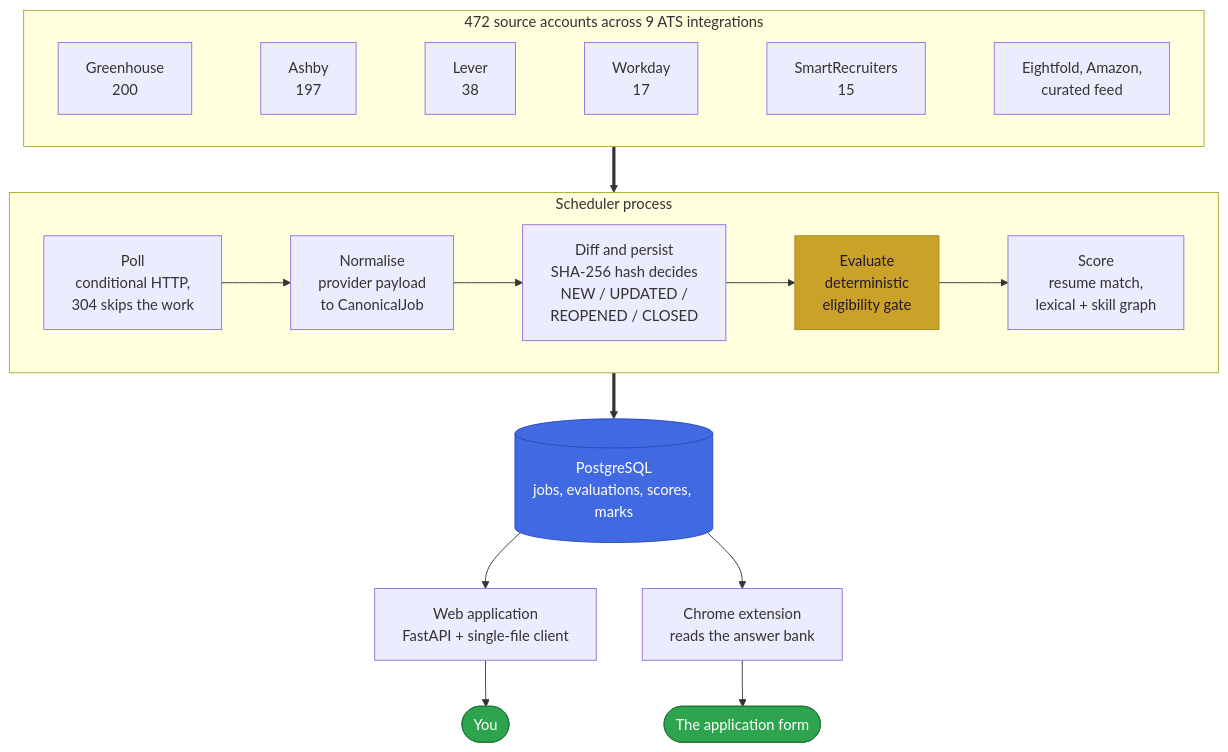
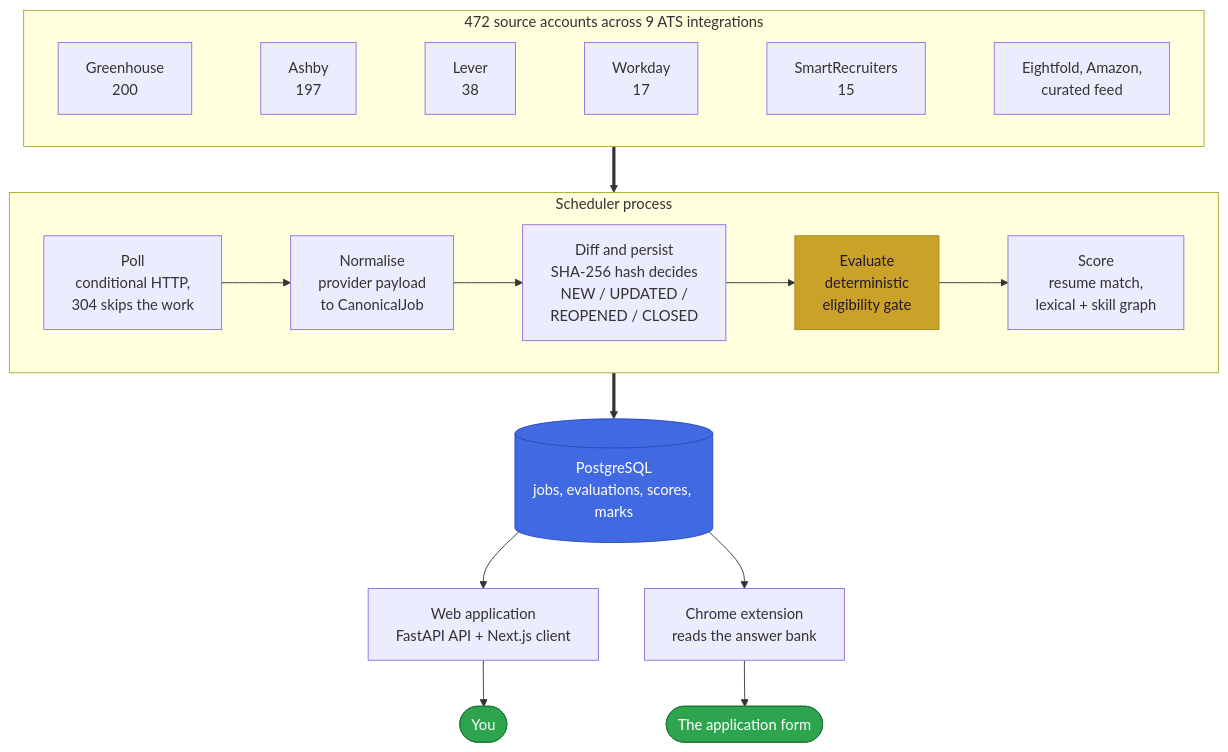
Before and after one commit to anwarbuilds/ace: the first of 8 diagrams in README.md, drawn with Mermaid. The commit also changed other lines of this file and 38 other files, not shown here.

````diff
--- a/README.md
+++ b/README.md
@@ -103,27 +103,27 @@
 ```mermaid
 flowchart TB
     subgraph SRC["472 source accounts across 9 ATS integrations"]
         direction LR
         S1["Greenhouse<br/>200"] ~~~ S2["Ashby<br/>197"] ~~~ S3["Lever<br/>38"] ~~~ S4["Workday<br/>17"] ~~~ S5["SmartRecruiters<br/>15"] ~~~ S6["Eightfold, Amazon,<br/>curated feed"]
     end
 
     SRC ==> PIPE
 
     subgraph PIPE["Scheduler process"]
         direction LR
         POLL["Poll<br/>conditional HTTP,<br/>304 skips the work"] --> NORM["Normalise<br/>provider payload<br/>to CanonicalJob"] --> DIFF["Diff and persist<br/>SHA-256 hash decides<br/>NEW / UPDATED /<br/>REOPENED / CLOSED"] --> GATE["Evaluate<br/>deterministic<br/>eligibility gate"] --> SCORE["Score<br/>resume match,<br/>lexical + skill graph"]
     end
 
     PIPE ==> DB[("PostgreSQL<br/>jobs, evaluations, scores, marks")]
 
-    DB --> WEB["Web application<br/>FastAPI + single-file client"]
+    DB --> WEB["Web application<br/>FastAPI API + Next.js client"]
     DB --> EXT["Chrome extension<br/>reads the answer bank"]
 
     WEB --> USER(["You"])
     EXT --> FORM(["The application form"])
 
     style DB fill:#4169E1,color:#fff,stroke:#2a4bb5
     style GATE fill:#c9a227,color:#231633,stroke:#a8851f
     style USER fill:#2ea44f,color:#fff,stroke:#1f7a37
     style FORM fill:#2ea44f,color:#fff,stroke:#1f7a37
 ```
````
